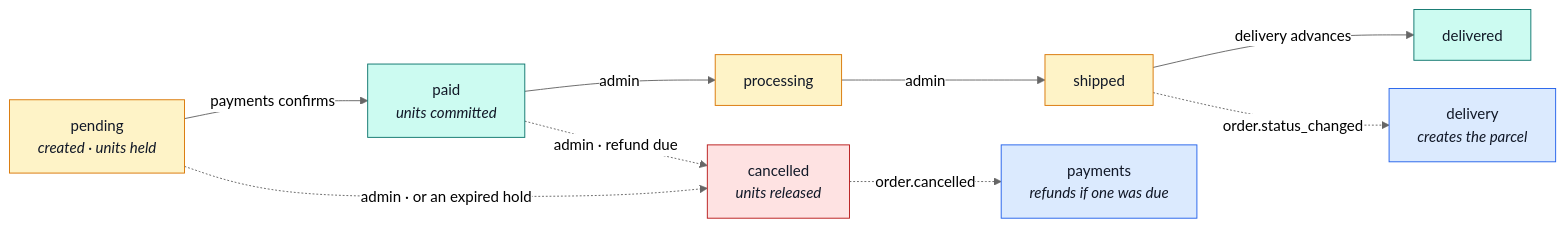
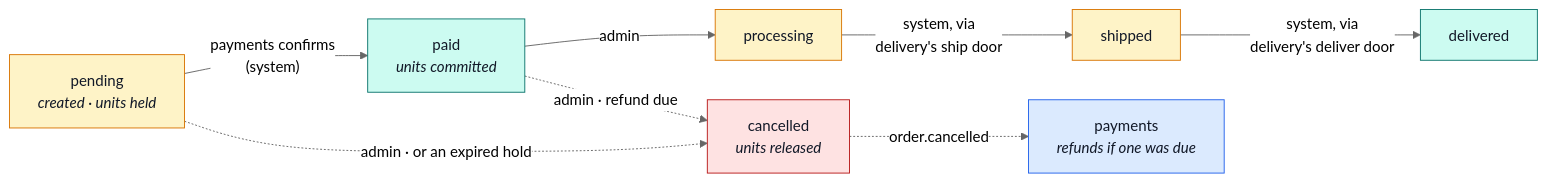
The second of 3 diagrams in docs/modules/orders.md (Guebbit/boilerplate-node-backend), drawn with Mermaid (neutral theme) before and after one commit. The commit also changed other lines of this file and 2 other files, not shown here.

First line of the commit message:
docs(modules): describe delivery, payments and orders under the standard

````diff
--- a/docs/modules/orders.md
+++ b/docs/modules/orders.md
@@ -123,21 +127,20 @@
 ```mermaid
 %%{init: {'flowchart': {'nodeSpacing': 30, 'rankSpacing': 55}}}%%
 flowchart LR
-    P["pending<br/><i>created · units held</i>"] -->|"payments confirms"| PA["paid<br/><i>units committed</i>"]
+    P["pending<br/><i>created · units held</i>"] -->|"payments confirms<br/>(system)"| PA["paid<br/><i>units committed</i>"]
     PA -->|admin| PR["processing"]
-    PR -->|admin| SH["shipped"]
-    SH -->|"delivery advances"| DE["delivered"]
+    PR -->|"system, via<br/>delivery's ship door"| SH["shipped"]
+    SH -->|"system, via<br/>delivery's deliver door"| DE["delivered"]
     P -.->|"admin · or an expired hold"| CA["cancelled<br/><i>units released</i>"]
     PA -.->|"admin · refund due"| CA
-    SH -. "order.status_changed" .-> DL["delivery<br/><i>creates the parcel</i>"]
     CA -. "order.cancelled" .-> PM["payments<br/><i>refunds if one was due</i>"]
 
     classDef open fill:#fef3c7,stroke:#d97706,color:#111827;
     classDef done fill:#ccfbf1,stroke:#0f766e,color:#111827;
     classDef bad fill:#fee2e2,stroke:#b91c1c,color:#111827;
     classDef peer fill:#dbeafe,stroke:#2563eb,color:#111827;
     class P,PR,SH open;
     class PA,DE done;
     class CA bad;
-    class DL,PM peer;
+    class PM peer;
 ```
````
